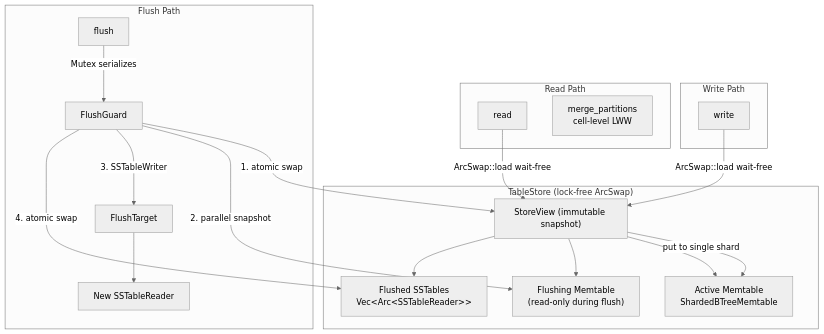
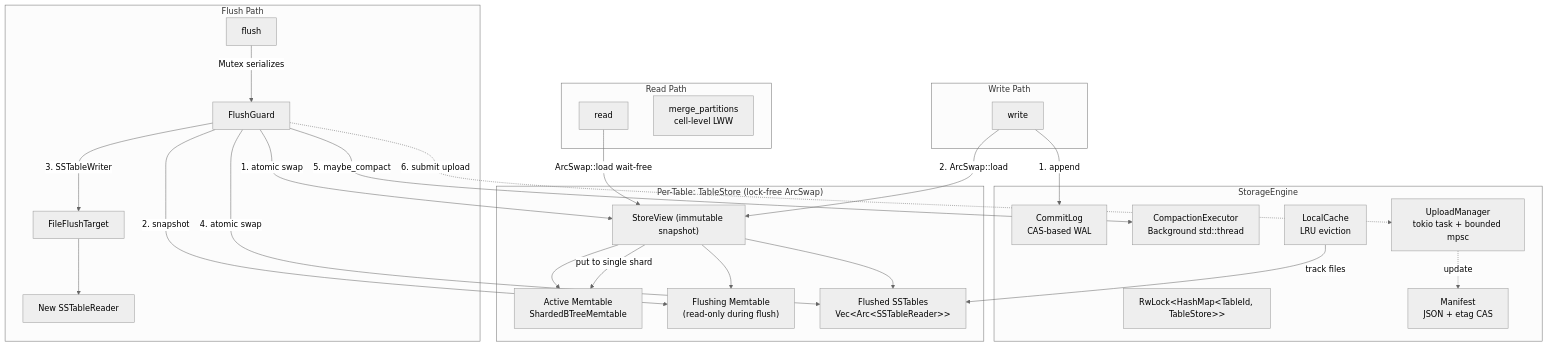
One commit to ferrosadb/ferrosa changed the diagram in specs/storage.md. Above: the diagram before and after it, drawn with Mermaid (neutral theme). The commit also changed other lines of this file and 5 other files, not shown here.

First line of the commit message:
docs(specs): update all architecture specs to match Part A/B/C implementation

````diff
--- a/specs/storage.md
+++ b/specs/storage.md
@@ -20,31 +20,46 @@
 ```mermaid
 graph TB
-    subgraph "TableStore (lock-free ArcSwap)"
+    subgraph "StorageEngine"
+        CL["CommitLog<br/>CAS-based WAL"]
+        Tables["RwLock&lt;HashMap&lt;TableId, TableStore&gt;&gt;"]
+        Compact["CompactionExecutor<br/>Background std::thread"]
+        Upload["UploadManager<br/>tokio task + bounded mpsc"]
+        Cache["LocalCache<br/>LRU eviction"]
+        Manifest["Manifest<br/>JSON + etag CAS"]
+    end
+
+    subgraph "Per-Table: TableStore (lock-free ArcSwap)"
         View["StoreView (immutable snapshot)"]
         Active["Active Memtable<br/>ShardedBTreeMemtable"]
         Flushing["Flushing Memtable<br/>(read-only during flush)"]
         SSTables["Flushed SSTables<br/>Vec&lt;Arc&lt;SSTableReader&gt;&gt;"]
     end
 
     subgraph "Write Path"
-        W[write] -->|ArcSwap::load wait-free| View
+        W[write] -->|1. append| CL
+        W -->|2. ArcSwap::load| View
         View -->|put to single shard| Active
     end
 
     subgraph "Read Path"
         R[read] -->|ArcSwap::load wait-free| View
         View --> Active
         View --> Flushing
         View --> SSTables
         Merge[merge_partitions<br/>cell-level LWW]
     end
 
     subgraph "Flush Path"
         F[flush] -->|Mutex serializes| FlushGuard
         FlushGuard -->|1. atomic swap| View
-        FlushGuard -->|2. parallel snapshot| Flushing
-        FlushGuard -->|3. SSTableWriter| FT[FlushTarget]
+        FlushGuard -->|2. snapshot| Flushing
+        FlushGuard -->|3. SSTableWriter| FT[FileFlushTarget]
         FT --> NewSST[New SSTableReader]
         FlushGuard -->|4. atomic swap| SSTables
+        FlushGuard -->|5. maybe_compact| Compact
+        FlushGuard -.->|6. submit upload| Upload
     end
+
+    Upload -.->|update| Manifest
+    Cache -->|track files| SSTables
 ```
````
